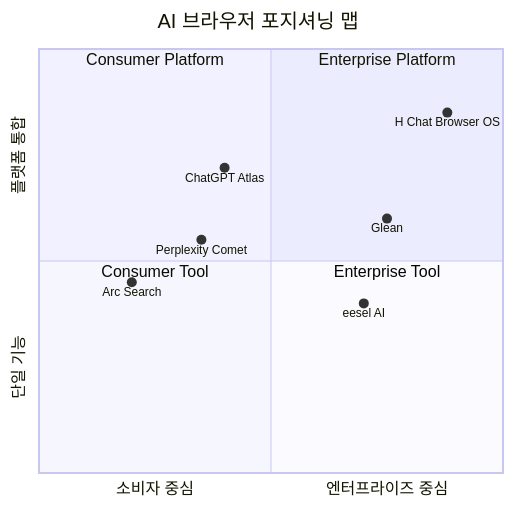
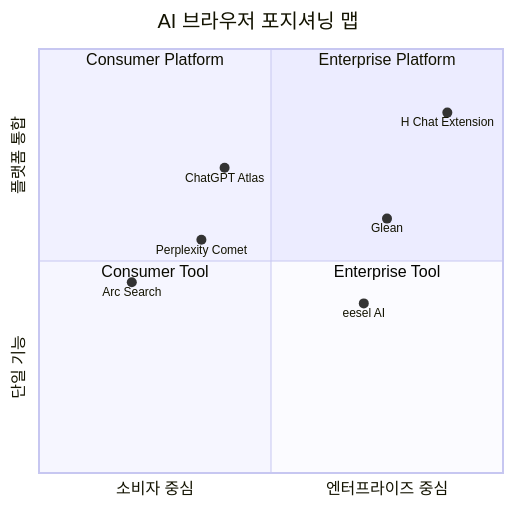
One commit to sgtlim0/sgtlim0.github.io changed the third of 10 diagrams in docs/SERVICE_PLAN_01_OVERVIEW.md. Above: the diagram before and after it, drawn with Mermaid. The commit also changed other lines of this file and 3 other files, not shown here.

````diff
--- a/docs/SERVICE_PLAN_01_OVERVIEW.md
+++ b/docs/SERVICE_PLAN_01_OVERVIEW.md
@@ -114,16 +148,16 @@
 ```mermaid
 quadrantChart
     title AI 브라우저 포지셔닝 맵
     x-axis "소비자 중심" --> "엔터프라이즈 중심"
     y-axis "단일 기능" --> "플랫폼 통합"
     quadrant-1 "Enterprise Platform"
     quadrant-2 "Consumer Platform"
     quadrant-3 "Consumer Tool"
     quadrant-4 "Enterprise Tool"
     "ChatGPT Atlas": [0.40, 0.72]
     "Perplexity Comet": [0.35, 0.55]
     "Arc Search": [0.20, 0.45]
     "eesel AI": [0.70, 0.40]
     "Glean": [0.75, 0.60]
-    "H Chat Browser OS": [0.88, 0.85]
+    "H Chat Extension": [0.88, 0.85]
 ```
````
